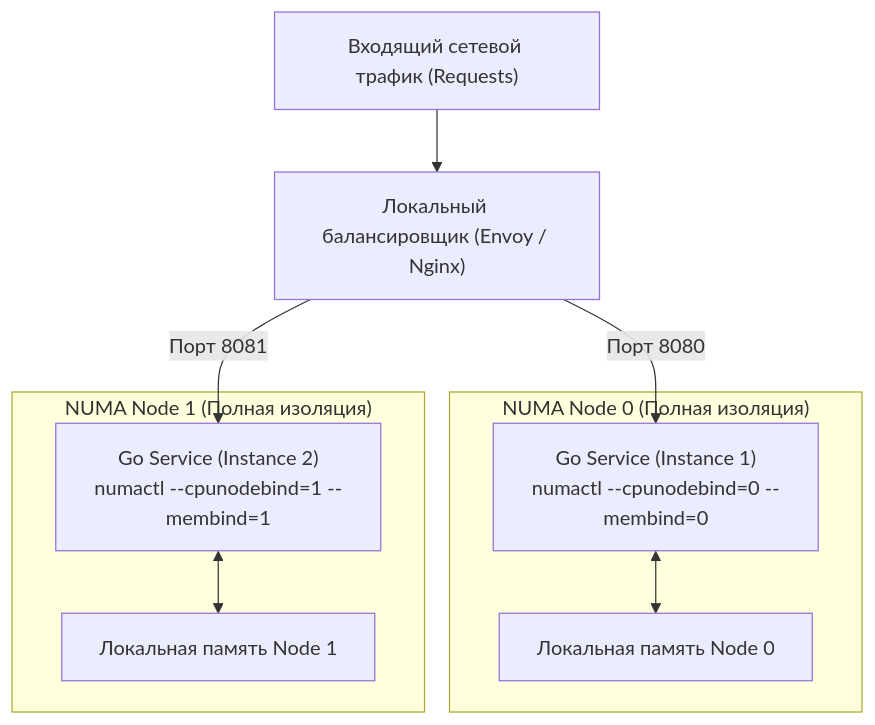
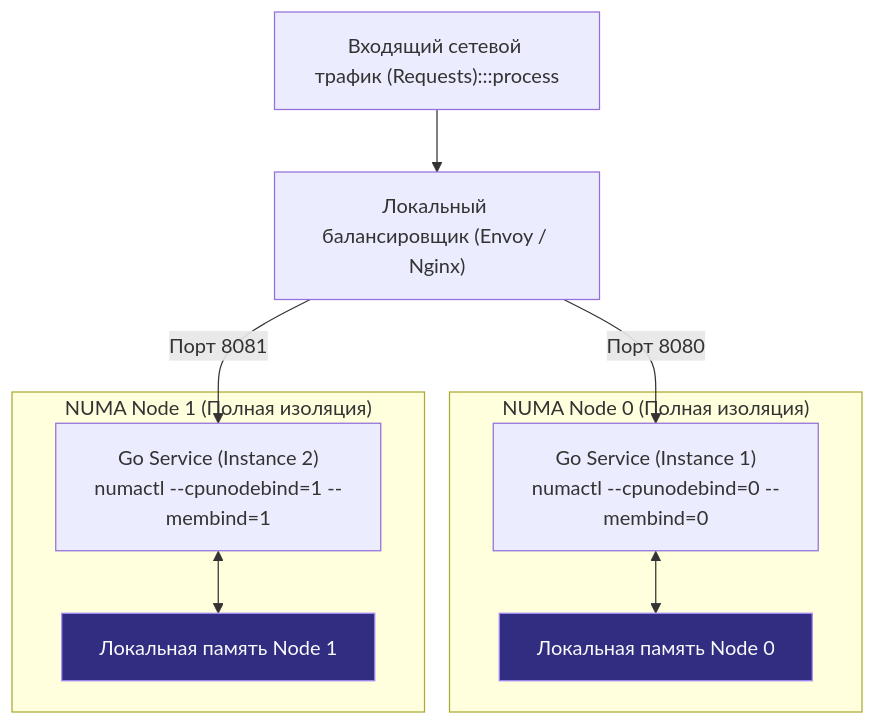
The second of 2 diagrams in sources/1. Архитектура компьютера/31. NUMA. Non Uniform Memory Access.md (UnrealTemplier/go-textbook), drawn with Mermaid before and after one commit. The commit also changed other lines of this file and 1666 other files, not shown here.

First line of the commit message:
feat(mermaid): add semantic color classDef to 1369 colorless flowchart/graph diagrams

````diff
--- a/sources/1. Архитектура компьютера/31. NUMA. Non Uniform Memory Access.md
+++ b/sources/1. Архитектура компьютера/31. NUMA. Non Uniform Memory Access.md
@@ -148,19 +158,29 @@
 ```mermaid
 flowchart TD
-    Traffic["Входящий сетевой трафик (Requests)"] --> LB["Локальный балансировщик (Envoy / Nginx)"]
+    classDef process  fill:#1e293b,stroke:#38bdf8,stroke-width:1px,color:#f8fafc
+    classDef success  fill:#064e3b,stroke:#34d399,stroke-width:1px,color:#f8fafc
+    classDef error    fill:#7f1d1d,stroke:#f87171,stroke-width:1px,color:#f8fafc
+    classDef warning  fill:#78350f,stroke:#fbbf24,stroke-width:1px,color:#f8fafc
+    classDef entry    fill:#1e3a5f,stroke:#38bdf8,stroke-width:2px,color:#f8fafc
+    classDef aux      fill:#334155,stroke:#64748b,stroke-width:1px,color:#f8fafc
+    classDef system   fill:#312e81,stroke:#a78bfa,stroke-width:1px,color:#f8fafc
+    classDef data     fill:#132d29,stroke:#2dd4bf,stroke-width:1px,color:#f8fafc
+    classDef network  fill:#881337,stroke:#fb7185,stroke-width:1px,color:#f8fafc
+    classDef accent   fill:#1e1b4b,stroke:#818cf8,stroke-width:1px,color:#f8fafc
+    Traffic["Входящий сетевой трафик (Requests):::process"] --> LB["Локальный балансировщик (Envoy / Nginx)"]
     
     subgraph S1 ["NUMA Node 0 (Полная изоляция)"]
         App1["Go Service (Instance 1)<br>numactl --cpunodebind=0 --membind=0"]
-        RAM1["Локальная память Node 0"]
+        RAM1["Локальная память Node 0"]:::system
         App1 <--> RAM1
     end
 
     subgraph S2 ["NUMA Node 1 (Полная изоляция)"]
         App2["Go Service (Instance 2)<br>numactl --cpunodebind=1 --membind=1"]
-        RAM2["Локальная память Node 1"]
+        RAM2["Локальная память Node 1"]:::system
         App2 <--> RAM2
     end
     
     LB -->|Порт 8080| App1
     LB -->|Порт 8081| App2
 ```
````
